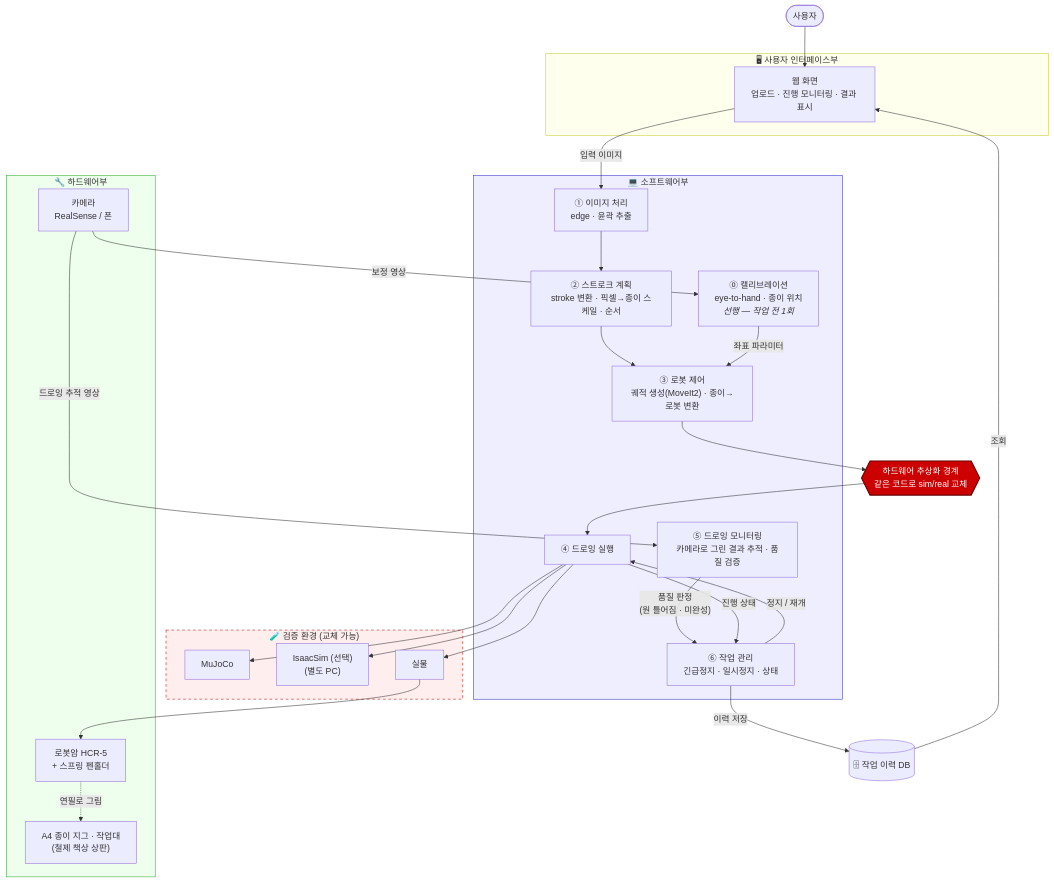
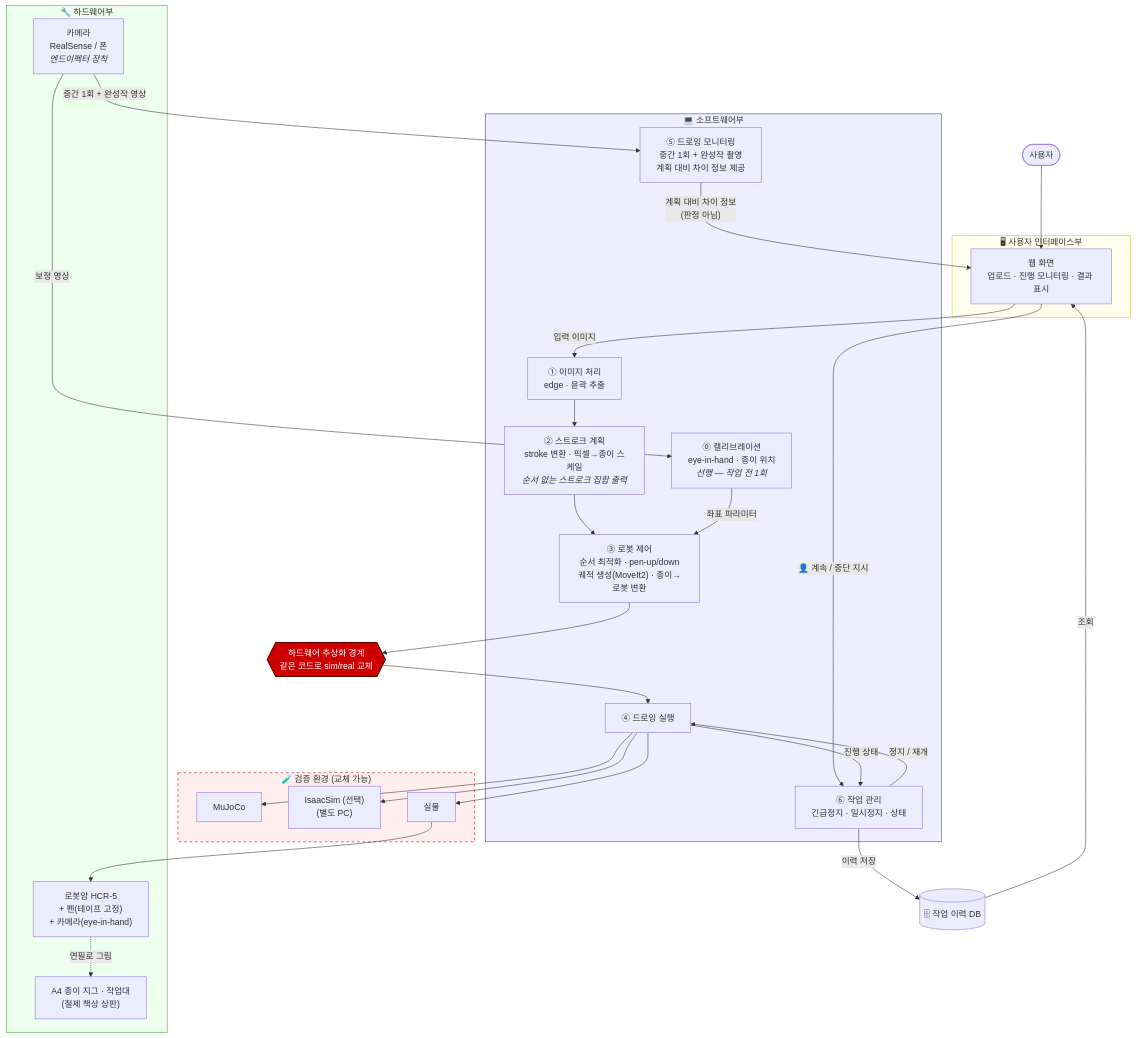
Before and after one commit to MarkCheon25/Nyang_Nyang_Atlier: the first of 4 diagrams in docs/System Architecture.md, drawn with Mermaid. The commit also changed other lines of this file and 9 other files, not shown here.

````diff
--- a/docs/System Architecture.md
+++ b/docs/System Architecture.md
@@ -29,57 +29,58 @@
 ```mermaid
 flowchart TB
     USER([사용자]) --> WEB
 
     subgraph UI["🖥 사용자 인터페이스부"]
         WEB["웹 화면<br/>업로드 · 진행 모니터링 · 결과 표시"]
     end
 
     subgraph SW["💻 소프트웨어부"]
-        CALIB["⓪ 캘리브레이션<br/>eye-to-hand · 종이 위치<br/><i>선행 — 작업 전 1회</i>"]
+        CALIB["⓪ 캘리브레이션<br/>eye-in-hand · 종이 위치<br/><i>선행 — 작업 전 1회</i>"]
         IMG["① 이미지 처리<br/>edge · 윤곽 추출"]
-        PLAN["② 스트로크 계획<br/>stroke 변환 · 픽셀→종이 스케일 · 순서"]
-        CTRL["③ 로봇 제어<br/>궤적 생성(MoveIt2) · 종이→로봇 변환"]
+        PLAN["② 스트로크 계획<br/>stroke 변환 · 픽셀→종이 스케일<br/><i>순서 없는 스트로크 집합 출력</i>"]
+        CTRL["③ 로봇 제어<br/>순서 최적화 · pen-up/down<br/>궤적 생성(MoveIt2) · 종이→로봇 변환"]
         EXEC["④ 드로잉 실행"]
-        MON["⑤ 드로잉 모니터링<br/>카메라로 그린 결과 추적 · 품질 검증"]
+        MON["⑤ 드로잉 모니터링<br/>중간 1회 + 완성작 촬영<br/>계획 대비 차이 정보 제공"]
         JOB["⑥ 작업 관리<br/>긴급정지 · 일시정지 · 상태"]
     end
 
     BND{{"하드웨어 추상화 경계<br/>같은 코드로 sim/real 교체"}}
 
     subgraph VER["🧪 검증 환경 (교체 가능)"]
         MJ["MuJoCo"]
         IS["IsaacSim (선택)<br/>(별도 PC)"]
         RE["실물"]
     end
 
     subgraph HW["🔧 하드웨어부"]
-        ARM["로봇암 HCR-5<br/>+ 스프링 펜홀더"]
-        CAM["카메라<br/>RealSense / 폰"]
+        ARM["로봇암 HCR-5<br/>+ 펜(테이프 고정)<br/>+ 카메라(eye-in-hand)"]
+        CAM["카메라<br/>RealSense / 폰<br/><i>엔드이펙터 장착</i>"]
         JIG["A4 종이 지그 · 작업대<br/>(철제 책상 상판)"]
     end
 
     DB[("🗄 작업 이력 DB")]
 
     WEB -->|입력 이미지| IMG
     IMG --> PLAN --> CTRL
     CTRL --> BND
     BND --> EXEC
     EXEC --> MJ & IS & RE
     RE --> ARM
     ARM -. 연필로 그림 .-> JIG
 
     CAM -->|보정 영상| CALIB
-    CAM -->|드로잉 추적 영상| MON
+    CAM -->|"중간 1회 + 완성작 영상"| MON
     CALIB -->|좌표 파라미터| CTRL
-    MON -->|"품질 판정<br/>(원 틀어짐 · 미완성)"| JOB
+    MON -->|"계획 대비 차이 정보<br/>(판정 아님)"| WEB
+    WEB -->|"👤 계속 / 중단 지시"| JOB
     JOB -->|정지 / 재개| EXEC
     EXEC -->|진행 상태| JOB
     JOB -->|이력 저장| DB
     DB -->|조회| WEB
 
     style BND fill:#c00,color:#fff,stroke:#600,stroke-width:2px
     style SW fill:#eef,stroke:#33c
     style HW fill:#efe,stroke:#3a3
     style VER fill:#fee,stroke:#c00,stroke-dasharray:5 5
     style UI fill:#ffe,stroke:#cc3
 ```
````
